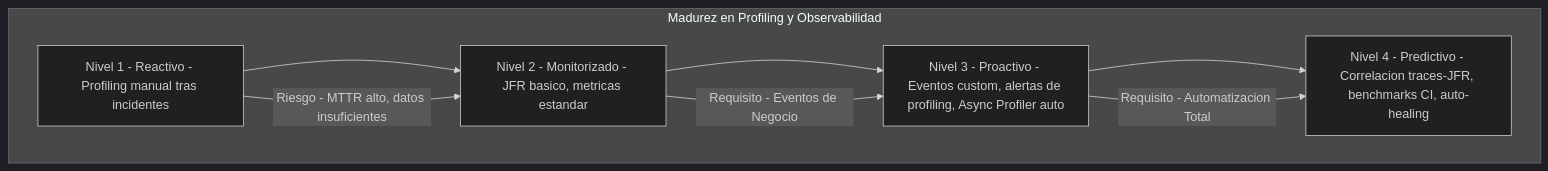
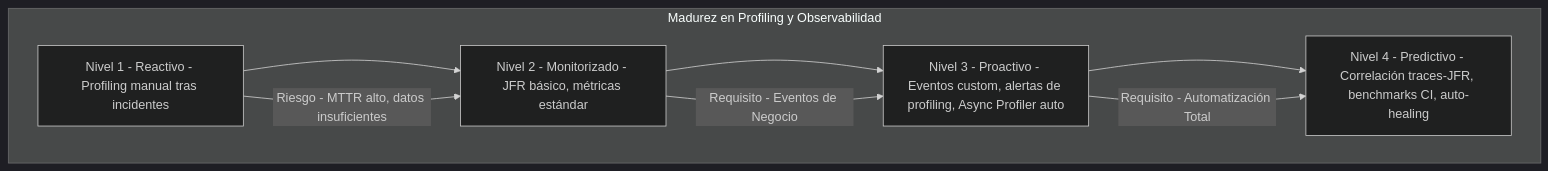
One commit to Joaquinriosheredia/DAM-Java-Mastery changed the fourth of 4 diagrams in 01_Java_Core/profiling_avanzado_en_java_con_jfr_y_async_profiler_STAFF.md. Above: the diagram before and after it, drawn with Mermaid (dark theme). The commit also changed other lines of this file, not shown here.

Commit message:
profiling_avanzado_en_java_con_jfr_y_async_profiler_STAFF.md

````diff
--- a/01_Java_Core/profiling_avanzado_en_java_con_jfr_y_async_profiler_STAFF.md
+++ b/01_Java_Core/profiling_avanzado_en_java_con_jfr_y_async_profiler_STAFF.md
@@ -758,13 +937,13 @@
 ```mermaid
 graph TD
     subgraph "Madurez en Profiling y Observabilidad"
         L1[Nivel 1 - Reactivo - Profiling manual tras incidentes] --> L2
-        L2[Nivel 2 - Monitorizado - JFR basico, metricas estandar] --> L3
+        L2[Nivel 2 - Monitorizado - JFR básico, métricas estándar] --> L3
         L3[Nivel 3 - Proactivo - Eventos custom, alertas de profiling, Async Profiler auto] --> L4
-        L4[Nivel 4 - Predictivo - Correlacion traces-JFR, benchmarks CI, auto-healing]
+        L4[Nivel 4 - Predictivo - Correlación traces-JFR, benchmarks CI, auto-healing]
     end
     
     L1 -->|Riesgo - MTTR alto, datos insuficientes| L2
     L2 -->|Requisito - Eventos de Negocio| L3
-    L3 -->|Requisito - Automatizacion Total| L4
+    L3 -->|Requisito - Automatización Total| L4
 ```
````
